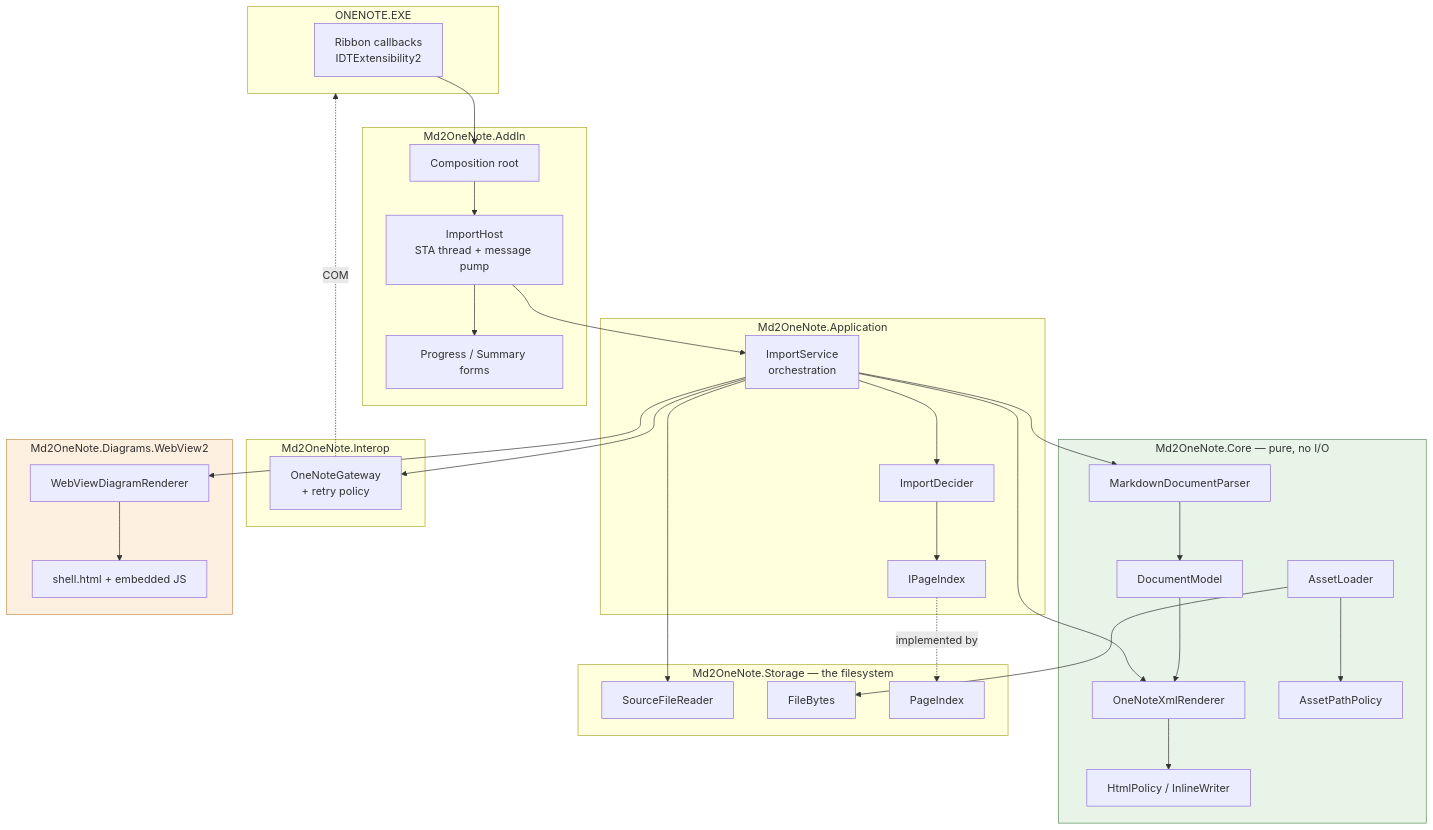
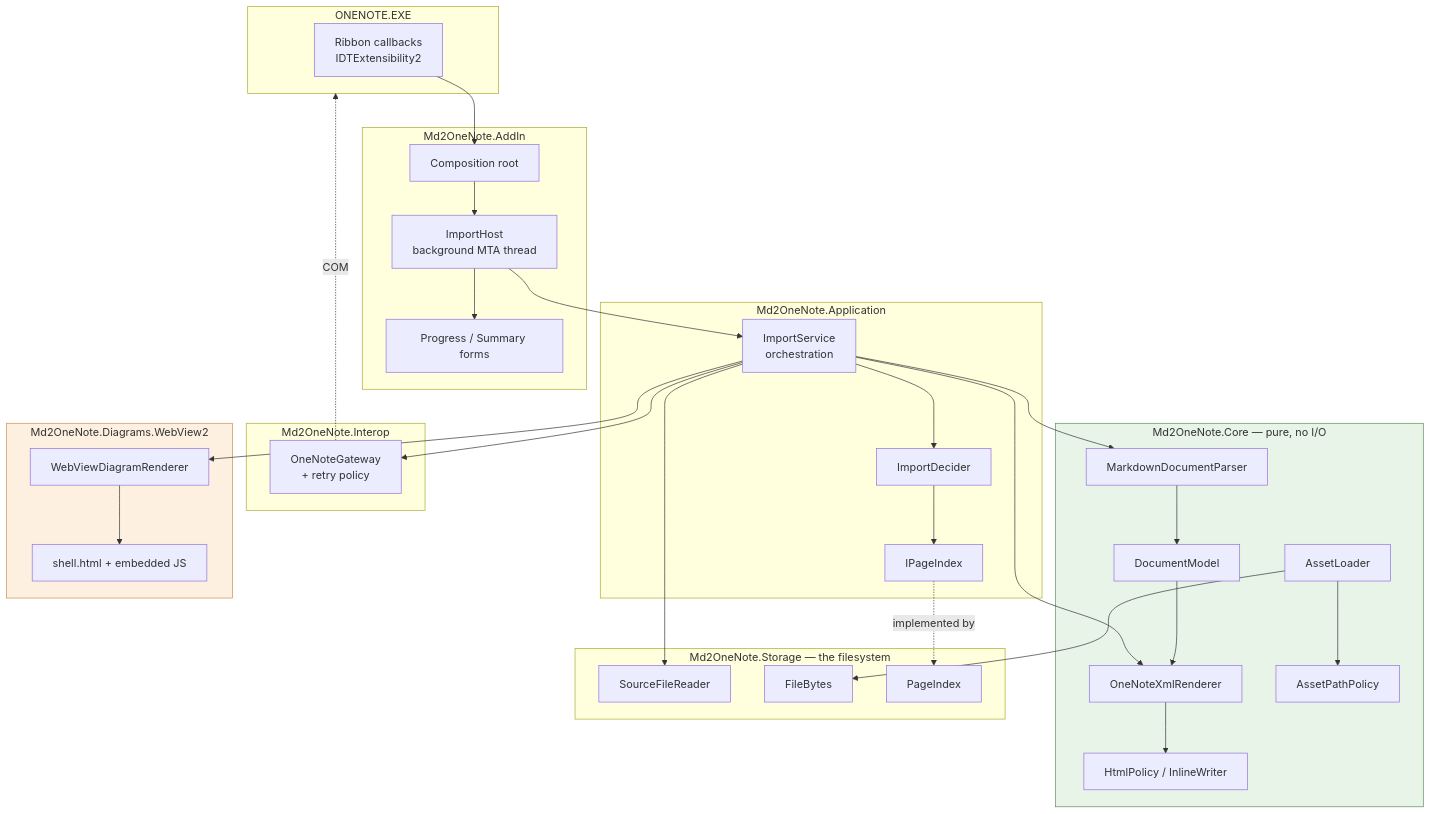
The first of 5 diagrams in docs/DESIGN.md (suchst/Md2OneNote), drawn with Mermaid before and after one commit. The commit also changed other lines of this file and 8 other files, not shown here.

First line of the commit message:
feat(addin): run the import on its own thread so OneNote stays usable

````diff
--- a/docs/DESIGN.md
+++ b/docs/DESIGN.md
@@ -27,61 +27,61 @@
 ```mermaid
 graph TD
     subgraph ONENOTE["ONENOTE.EXE"]
         RIB["Ribbon callbacks<br/>IDTExtensibility2"]
     end
 
     subgraph ADDIN["Md2OneNote.AddIn"]
-        HOST["ImportHost<br/>STA thread + message pump"]
+        HOST["ImportHost<br/>background MTA thread"]
         PROG["Progress / Summary forms"]
         COMP["Composition root"]
     end
 
     subgraph APP["Md2OneNote.Application"]
         SVC["ImportService<br/>orchestration"]
         DEC["ImportDecider"]
         IDX["IPageIndex"]
     end
 
     subgraph CORE["Md2OneNote.Core — pure, no I/O"]
         PARSE["MarkdownDocumentParser"]
         MODEL["DocumentModel"]
         REND["OneNoteXmlRenderer"]
         SAN["HtmlPolicy / InlineWriter"]
         POL["AssetPathPolicy"]
         LOAD["AssetLoader"]
     end
 
     subgraph INTEROP["Md2OneNote.Interop"]
         GW["OneNoteGateway<br/>+ retry policy"]
     end
 
     subgraph STORE["Md2OneNote.Storage — the filesystem"]
         SRC["SourceFileReader"]
         FB["FileBytes"]
         PIDX["PageIndex"]
     end
 
     subgraph DIAG["Md2OneNote.Diagrams.WebView2"]
         WVR["WebViewDiagramRenderer"]
         SHELL["shell.html + embedded JS"]
     end
 
     RIB --> COMP --> HOST --> SVC
     HOST --> PROG
     SVC --> PARSE
     SVC --> REND
     SVC --> DEC --> IDX
     SVC --> GW
     SVC --> WVR
     SVC --> SRC
     IDX -.implemented by.-> PIDX
     LOAD --> POL
     LOAD --> FB
     PARSE --> MODEL --> REND
     REND --> SAN
     WVR --> SHELL
     GW -.COM.-> ONENOTE
 
     style CORE fill:#e8f4e8,stroke:#5a8f5a
     style DIAG fill:#fdf0e0,stroke:#c89050
 ```
````
